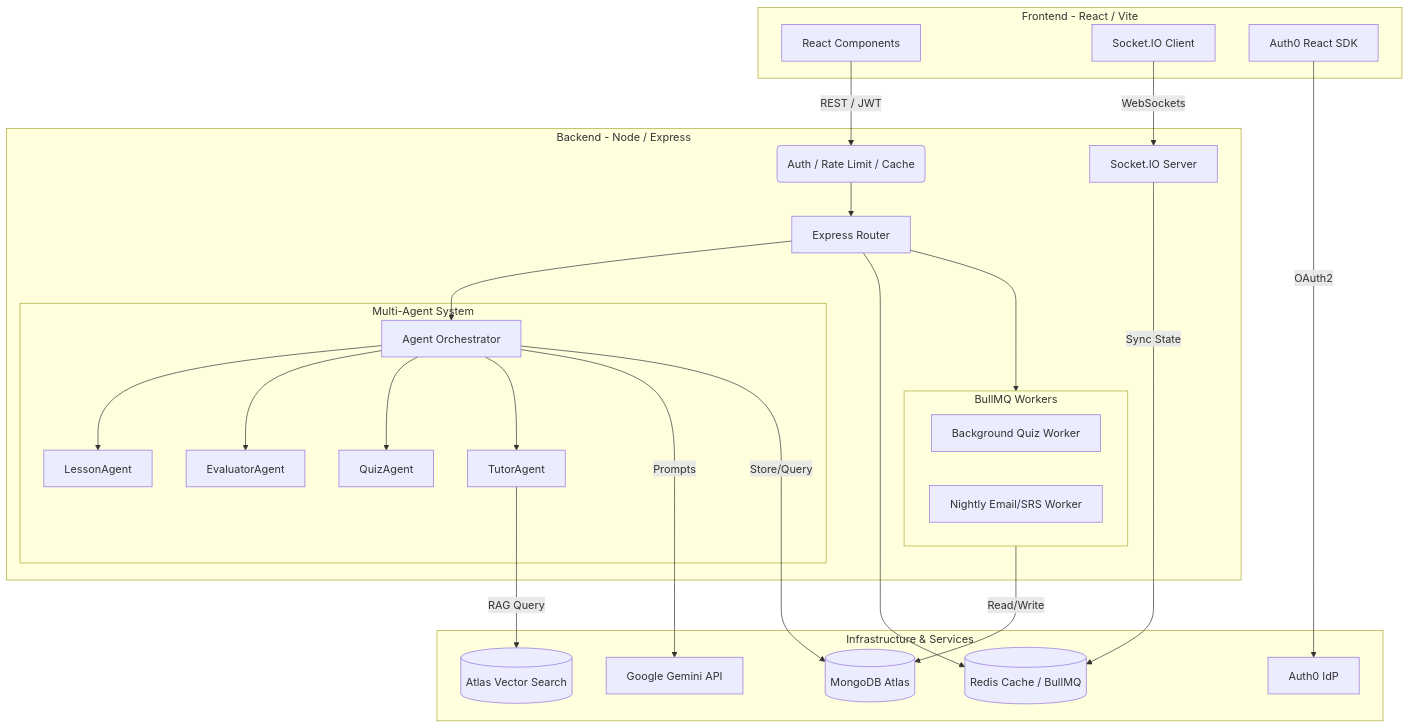
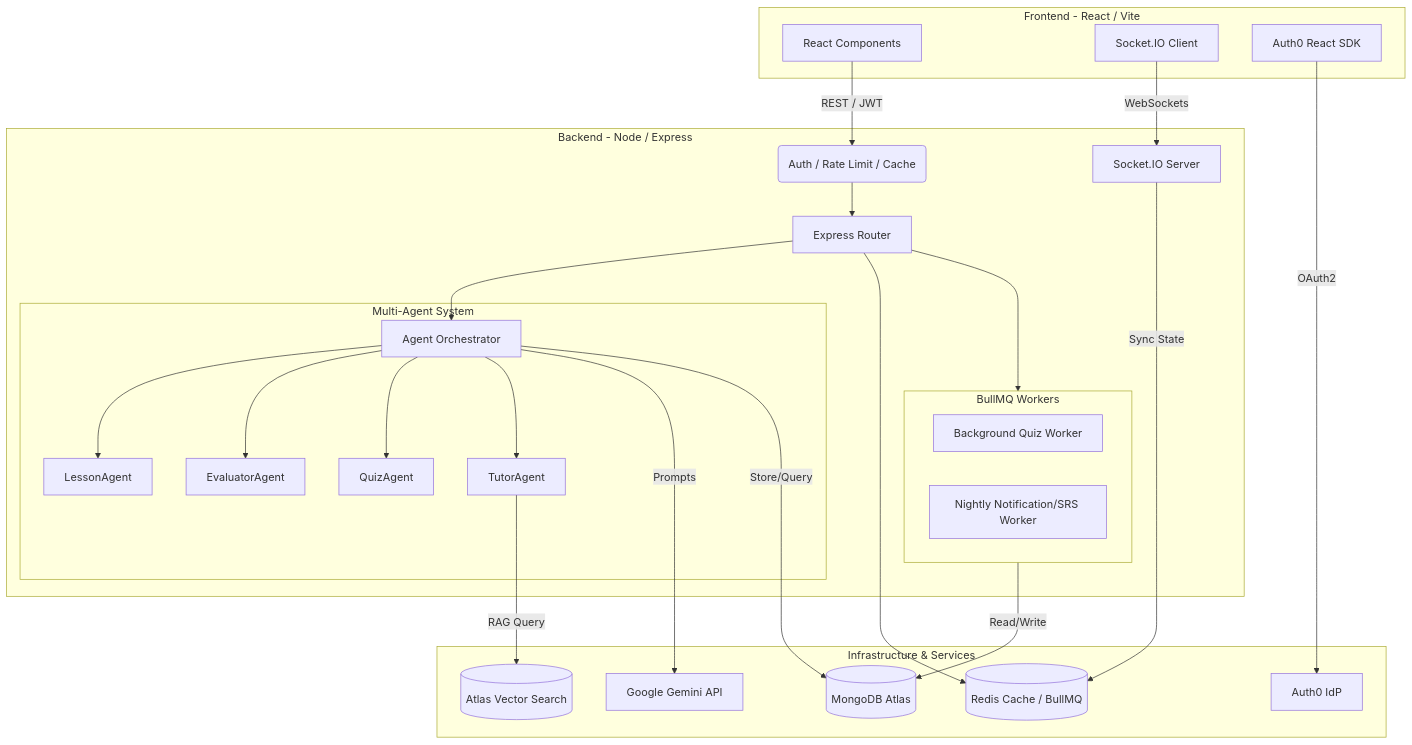
Before and after one commit to harshtadas8/Text-to-Learn: the diagram in README.md, drawn with Mermaid. The commit also changed other lines of this file and 22 other files, not shown here.

````diff
--- a/README.md
+++ b/README.md
@@ -24,56 +24,56 @@
 ```mermaid
 graph TD
     %% Frontend Layer
     subgraph Client [Frontend - React / Vite]
         UI[React Components]
         SocketClient[Socket.IO Client]
         Auth0Client[Auth0 React SDK]
     end
 
     %% Backend Layer
     subgraph Backend [Backend - Node / Express]
         API[Express Router]
         SocketServer[Socket.IO Server]
         Middlewares(Auth / Rate Limit / Cache)
         
         %% Agents
         subgraph Agents [Multi-Agent System]
             Orchestrator[Agent Orchestrator]
             Orchestrator --> LessonAgent
             Orchestrator --> EvaluatorAgent
             Orchestrator --> QuizAgent
             Orchestrator --> TutorAgent
         end
         
         %% Queue Workers
         subgraph Workers [BullMQ Workers]
             QuizWorker[Background Quiz Worker]
-            CronWorker[Nightly Email/SRS Worker]
+            CronWorker[Nightly Notification/SRS Worker]
         end
     end
 
     %% Infrastructure & Data Layer
     subgraph Infra [Infrastructure & Services]
         MongoDB[(MongoDB Atlas)]
         VectorDB[(Atlas Vector Search)]
         Redis[(Redis Cache / BullMQ)]
         Auth0[Auth0 IdP]
         Gemini[Google Gemini API]
     end
 
     %% Connections
     UI -- REST / JWT --> Middlewares
     SocketClient -- WebSockets --> SocketServer
     Auth0Client -- OAuth2 --> Auth0
     Middlewares --> API
     API --> Orchestrator
     API --> Redis
     API --> Workers
     
     Orchestrator -- Prompts --> Gemini
     Orchestrator -- Store/Query --> MongoDB
     TutorAgent -- RAG Query --> VectorDB
     
     Workers -- Read/Write --> MongoDB
     SocketServer -- Sync State --> Redis
 ```
````
